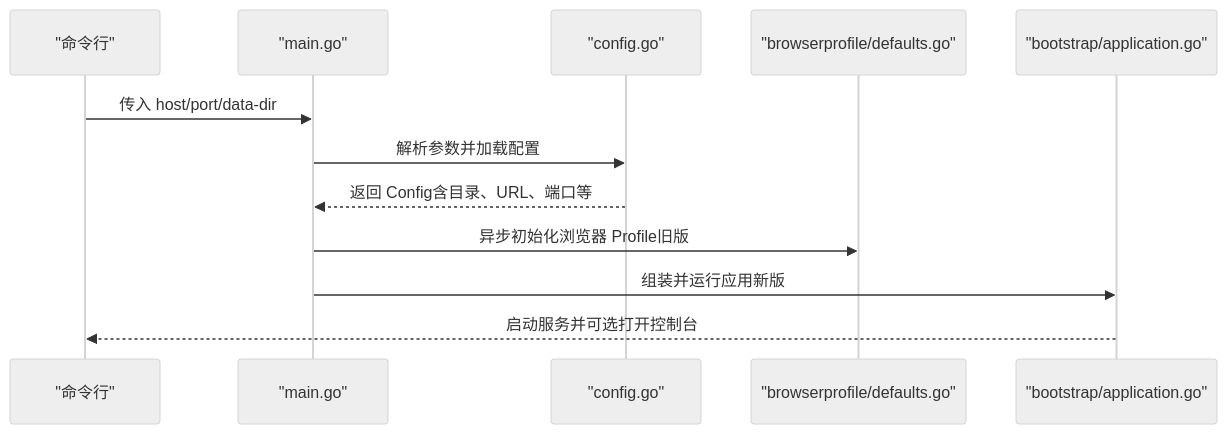
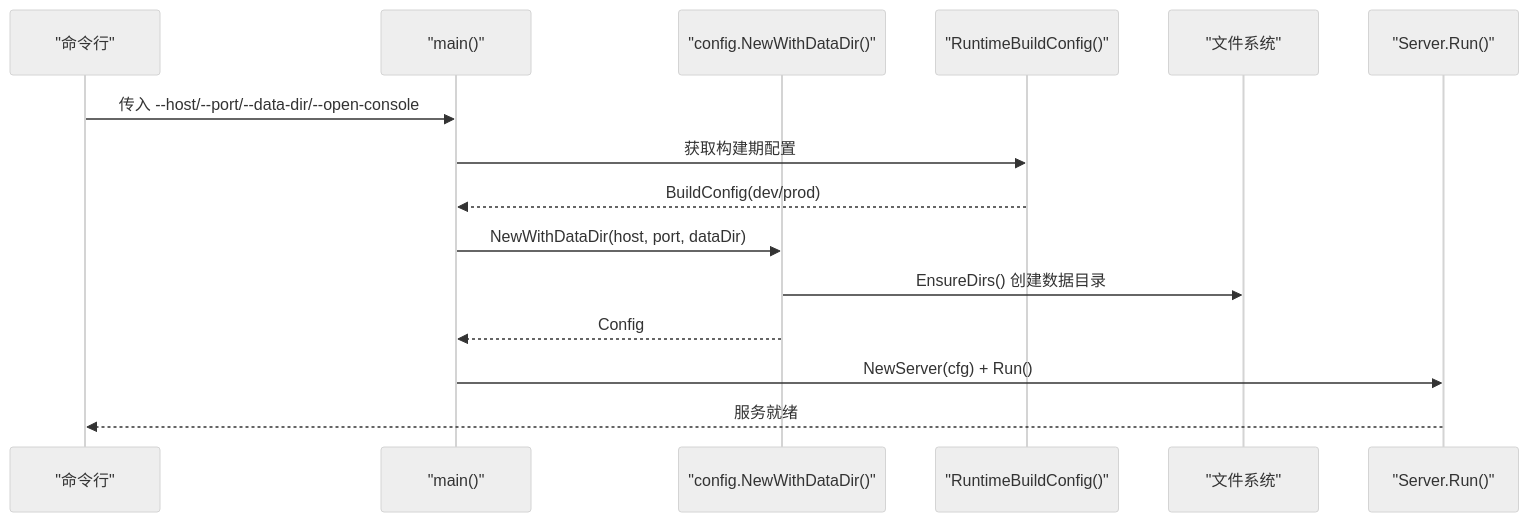
Before and after one commit to alvinwangzi/goodhr: the second of 4 diagrams in .qoder/repowiki/zh/content/本地执行器/核心架构/配置管理.md, drawn with Mermaid (neutral theme). The commit also changed other lines of this file and 149 other files, not shown here.

````diff
--- a/.qoder/repowiki/zh/content/本地执行器/核心架构/配置管理.md
+++ b/.qoder/repowiki/zh/content/本地执行器/核心架构/配置管理.md
@@ -101,14 +79,17 @@
 ```mermaid
 sequenceDiagram
 participant CLI as "命令行"
-participant Main as "main.go"
-participant Cfg as "config.go"
-participant BP as "browserprofile/defaults.go"
-participant App as "bootstrap/application.go"
-CLI->>Main : 传入 host/port/data-dir
-Main->>Cfg : 解析参数并加载配置
-Cfg-->>Main : 返回 Config含目录、URL、端口等
-Main->>BP : 异步初始化浏览器 Profile旧版
-Main->>App : 组装并运行应用新版
-App-->>CLI : 启动服务并可选打开控制台
+participant Main as "main()"
+participant Cfg as "config.NewWithDataDir()"
+participant Build as "RuntimeBuildConfig()"
+participant FS as "文件系统"
+participant Srv as "Server.Run()"
+CLI->>Main : 传入 --host/--port/--data-dir/--open-console
+Main->>Build : 获取构建期配置
+Build-->>Main : BuildConfig(dev/prod)
+Main->>Cfg : NewWithDataDir(host, port, dataDir)
+Cfg->>FS : EnsureDirs() 创建数据目录
+Cfg-->>Main : Config
+Main->>Srv : NewServer(cfg) + Run()
+Srv-->>CLI : 服务就绪
 ```
````
